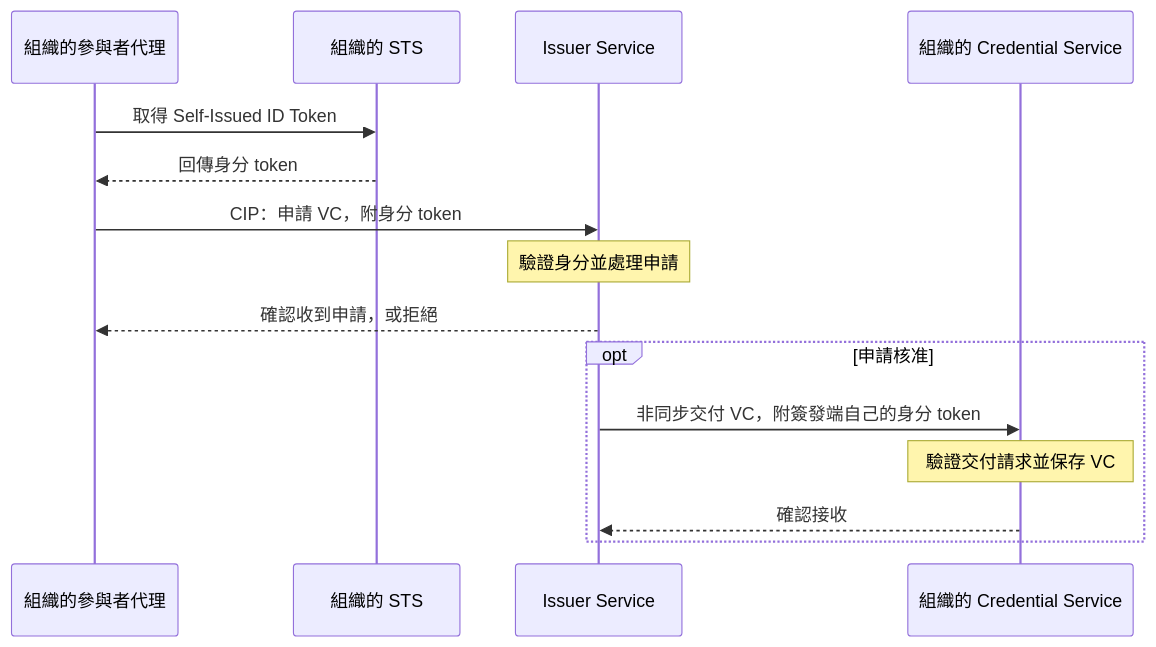
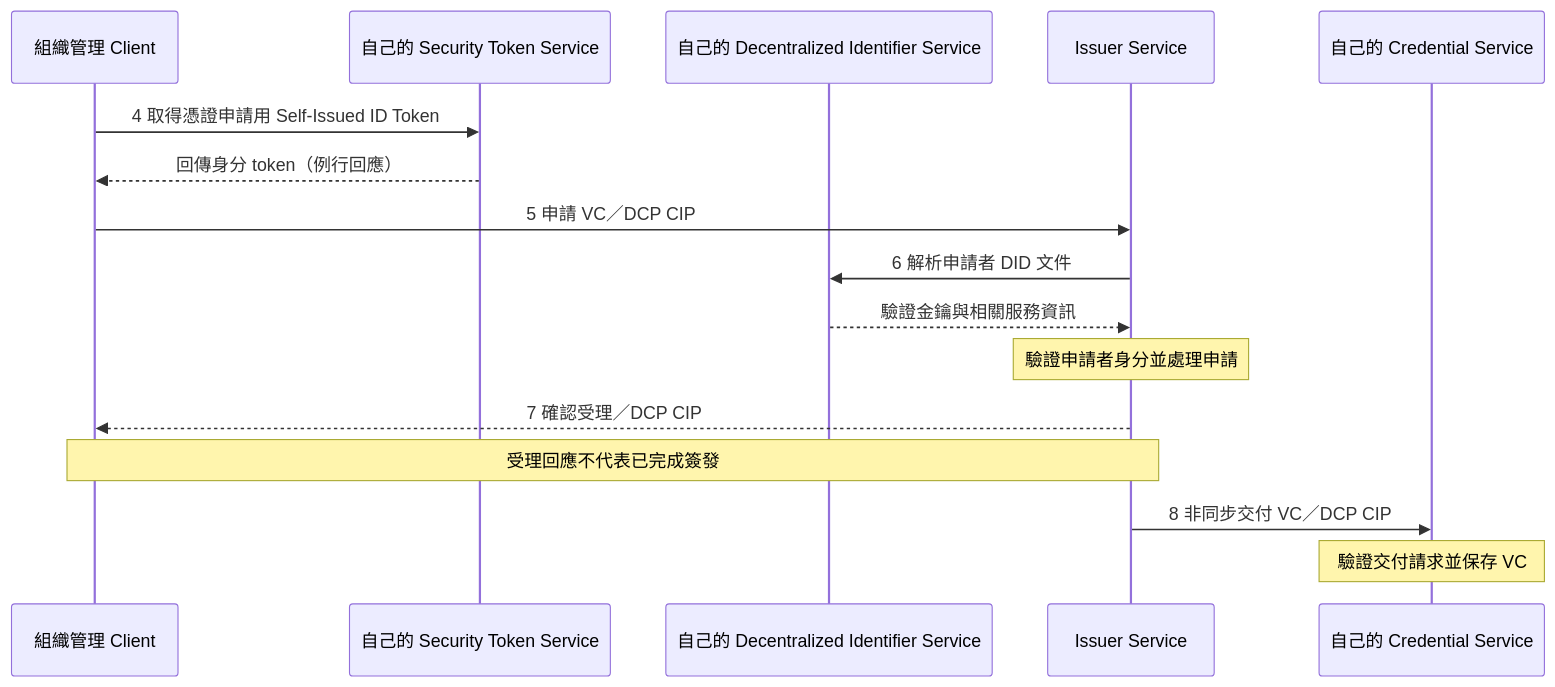
One commit to lohas1107/data-space changed the first of 2 diagrams in docs/dcp-overview.md. Above: the diagram before and after it, drawn with Mermaid. The commit also changed other lines of this file and 4 other files, not shown here.

First line of the commit message:
docs(architecture): map service interactions to Dataspace protocols

````diff
--- a/docs/dcp-overview.md
+++ b/docs/dcp-overview.md
@@ -38,18 +29,19 @@
 ```mermaid
 sequenceDiagram
-    participant Agent as 組織的參與者代理
-    participant STS as 組織的 STS
+    participant Client as 組織管理 Client
+    participant STS as 自己的 Security Token Service
+    participant DIDS as 自己的 Decentralized Identifier Service
     participant Issuer as Issuer Service
-    participant CS as 組織的 Credential Service
+    participant CS as 自己的 Credential Service
 
-    Agent->>STS: 取得 Self-Issued ID Token
-    STS-->>Agent: 回傳身分 token
-    Agent->>Issuer: CIP：申請 VC，附身分 token
-    Note over Issuer: 驗證身分並處理申請
-    Issuer-->>Agent: 確認收到申請，或拒絕
-    opt 申請核准
-        Issuer->>CS: 非同步交付 VC，附簽發端自己的身分 token
-        Note over CS: 驗證交付請求並保存 VC
-        CS-->>Issuer: 確認接收
-    end
+    Client->>STS: 4 取得憑證申請用 Self-Issued ID Token
+    STS-->>Client: 回傳身分 token（例行回應）
+    Client->>Issuer: 5 申請 VC／DCP CIP
+    Issuer->>DIDS: 6 解析申請者 DID 文件
+    DIDS-->>Issuer: 驗證金鑰與相關服務資訊
+    Note over Issuer: 驗證申請者身分並處理申請
+    Issuer-->>Client: 7 確認受理／DCP CIP
+    Note over Issuer,Client: 受理回應不代表已完成簽發
+    Issuer->>CS: 8 非同步交付 VC／DCP CIP
+    Note over CS: 驗證交付請求並保存 VC
 ```
````
